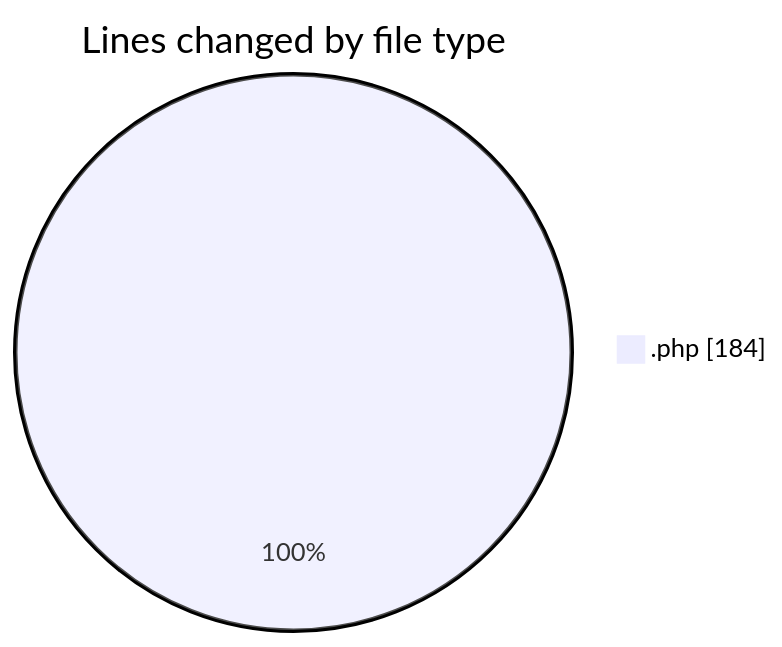
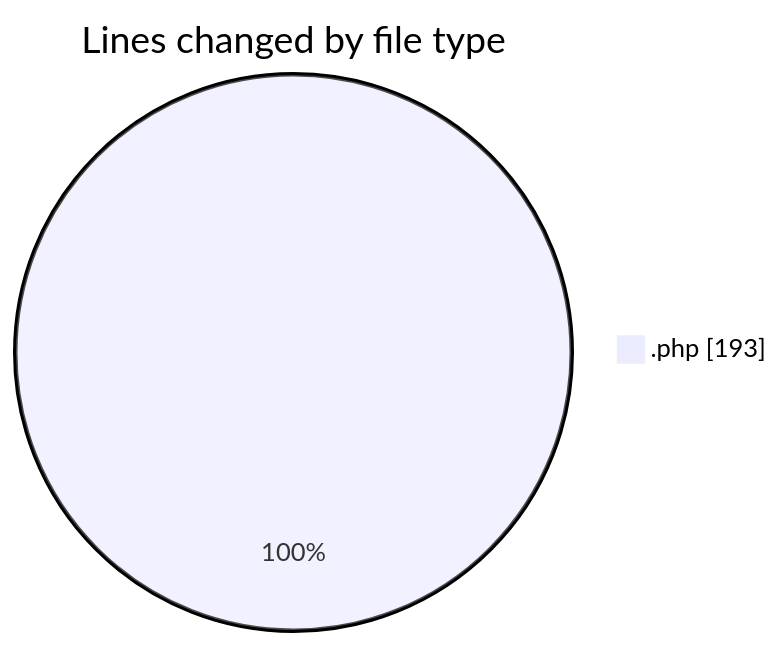
The first of 2 diagrams in 2025-03-31/autodidak/README.md (idhammustaqopulfikri/code-tracking), drawn with Mermaid before and after one commit. The commit also changed other lines of this file and 1 other file, not shown here.

````diff
--- a/2025-03-31/autodidak/README.md
+++ b/2025-03-31/autodidak/README.md
@@ -22,5 +22,5 @@
 ```mermaid
 pie showData
 title Lines changed by file type
-".php" : 184
+".php" : 193
 ```
````
